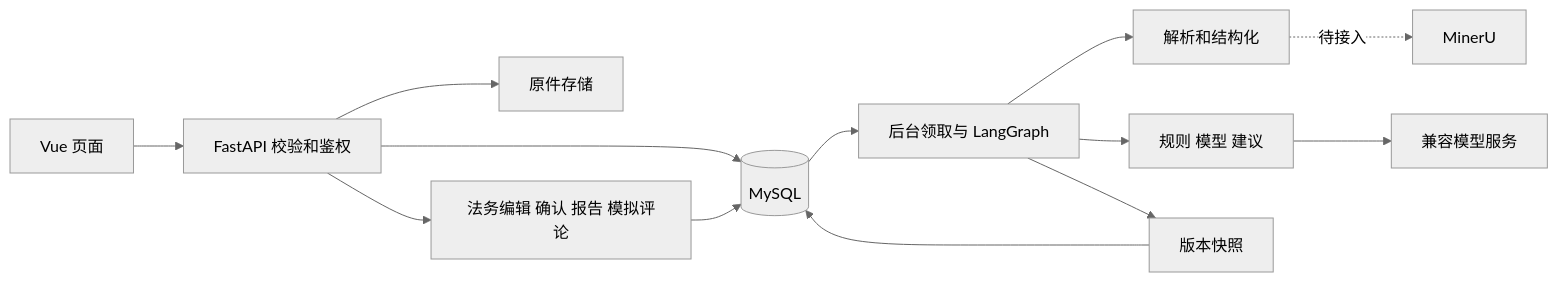
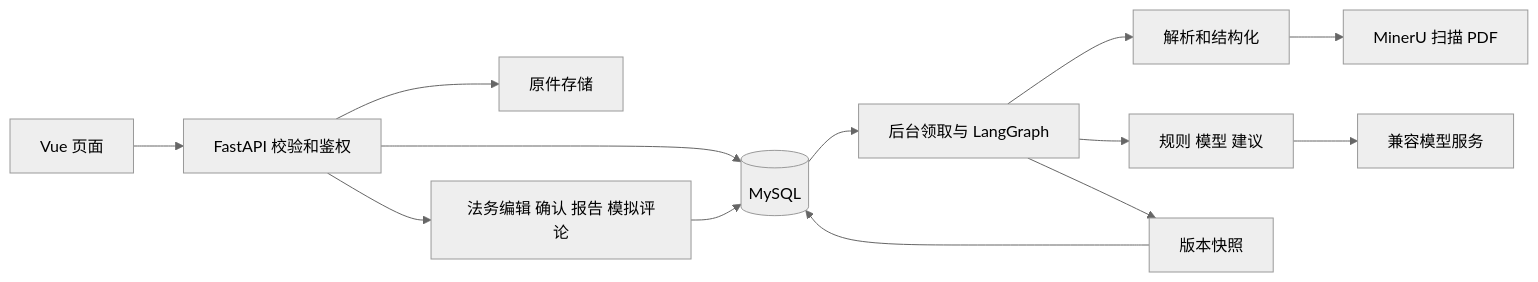
One commit to oldhan-Dot/contract-review-agent changed the first of 3 diagrams in docs/SPEC.md. Above: the diagram before and after it, drawn with Mermaid (neutral theme). The commit also changed other lines of this file and 49 other files, not shown here.

````diff
--- a/docs/SPEC.md
+++ b/docs/SPEC.md
@@ -33,15 +33,15 @@
 ```mermaid
 flowchart LR
     UI[Vue 页面] --> API[FastAPI 校验和鉴权]
     API --> DB[(MySQL)]
     API --> FILE[原件存储]
     DB --> RUN[后台领取与 LangGraph]
     RUN --> PARSE[解析和结构化]
     RUN --> REVIEW[规则 模型 建议]
     REVIEW --> LLM[兼容模型服务]
-    PARSE -.待接入.-> OCR[MinerU]
+    PARSE --> OCR[MinerU 扫描 PDF]
     RUN --> STORE[版本快照]
     STORE --> DB
     API --> HUMAN[法务编辑 确认 报告 模拟评论]
     HUMAN --> DB
 ```
````
